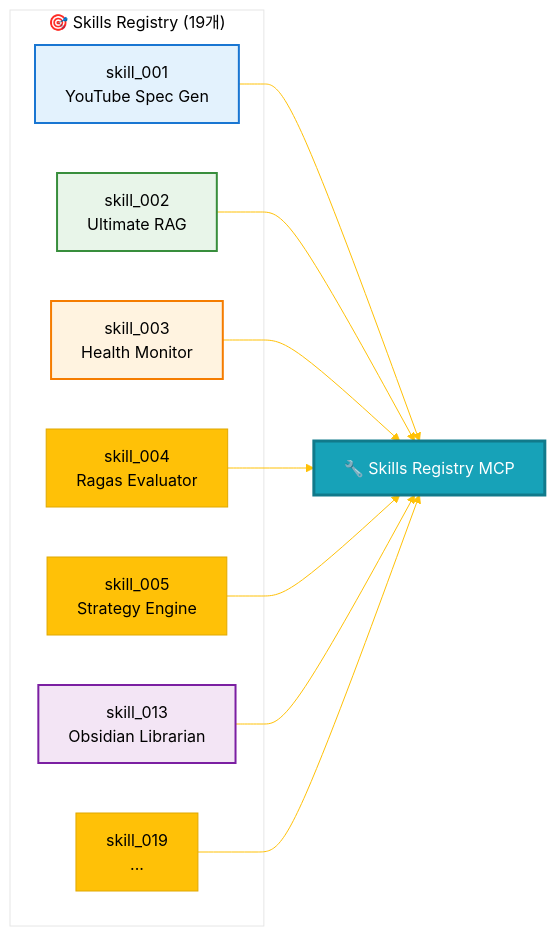
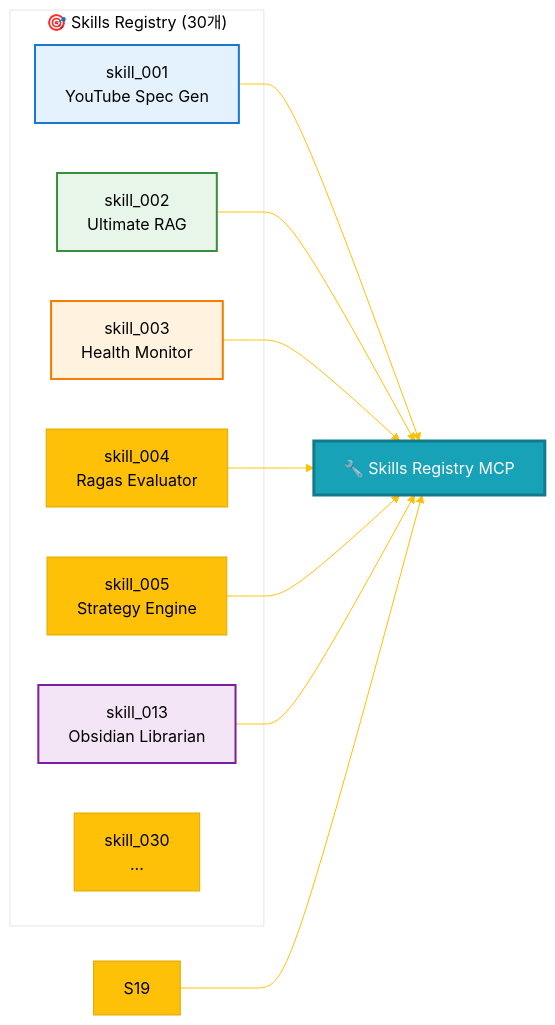
The third of 5 diagrams in docs/AFO_KINGDOM_MAIN.md (lofibrainwav/AFO_Kingdom), drawn with Mermaid before and after one commit. The commit also changed other lines of this file and 197 other files, not shown here.

````diff
--- a/docs/AFO_KINGDOM_MAIN.md
+++ b/docs/AFO_KINGDOM_MAIN.md
@@ -120,29 +122,29 @@
 ```mermaid
 %%{init: {'theme':'base', 'themeVariables': { 'primaryColor':'#ffc107', 'primaryTextColor':'#000', 'primaryBorderColor':'#e0a800', 'lineColor':'#ffc107', 'secondaryColor':'#f8f9fa', 'tertiaryColor':'#fff'}}}%%
 graph LR
-    subgraph Skills["🎯 Skills Registry (19개)"]
+    subgraph Skills["🎯 Skills Registry (30개)"]
         S1[skill_001<br/>YouTube Spec Gen]
         S2[skill_002<br/>Ultimate RAG]
         S3[skill_003<br/>Health Monitor]
         S4[skill_004<br/>Ragas Evaluator]
         S5[skill_005<br/>Strategy Engine]
         S13[skill_013<br/>Obsidian Librarian]
-        S19[skill_019<br/>...]
+        S30[skill_030<br/>...]
     end
 
     RegistryMCP[🔧 Skills Registry MCP]
     
     S1 --> RegistryMCP
     S2 --> RegistryMCP
     S3 --> RegistryMCP
     S4 --> RegistryMCP
     S5 --> RegistryMCP
     S13 --> RegistryMCP
     S19 --> RegistryMCP
 
     style RegistryMCP fill:#17a2b8,stroke:#117a8b,stroke-width:3px,color:#fff
     style S1 fill:#e3f2fd,stroke:#1976d2,stroke-width:2px
     style S2 fill:#e8f5e9,stroke:#388e3c,stroke-width:2px
     style S3 fill:#fff3e0,stroke:#f57c00,stroke-width:2px
     style S13 fill:#f3e5f5,stroke:#7b1fa2,stroke-width:2px
 ```
````
